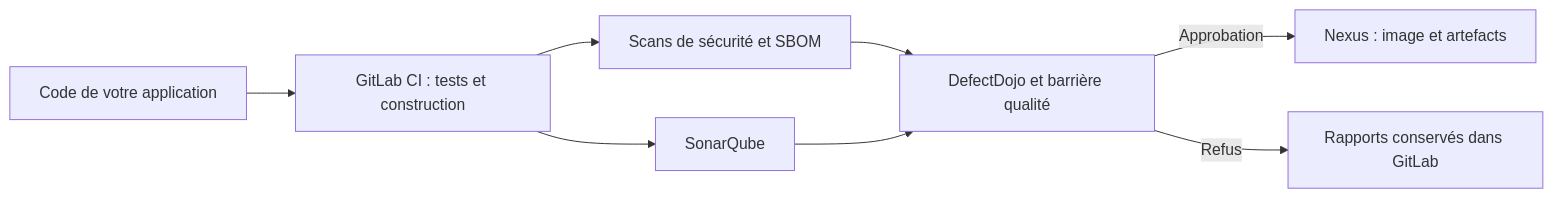
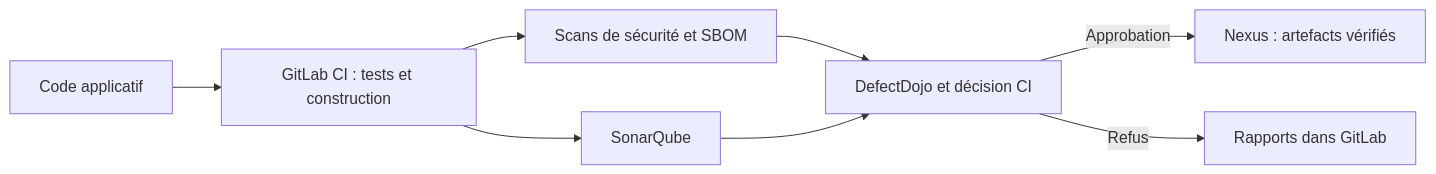
Before and after one commit to AntoineMeheut/ossf: the diagram in README.md, drawn with Mermaid. The commit also changed other lines of this file, not shown here.

````diff
--- a/README.md
+++ b/README.md
@@ -41,10 +157,10 @@
 ```mermaid
 flowchart LR
-    A[Code de votre application] --> B[GitLab CI : tests et construction]
-    B --> C[Scans de sécurité et SBOM]
-    B --> D[SonarQube]
-    C --> E[DefectDojo et barrière qualité]
+    A["Code applicatif"] --> B["GitLab CI : tests et construction"]
+    B --> C["Scans de sécurité et SBOM"]
+    B --> D["SonarQube"]
+    C --> E["DefectDojo et décision CI"]
     D --> E
-    E -->|Approbation| F[Nexus : image et artefacts]
-    E -->|Refus| G[Rapports conservés dans GitLab]
+    E -->|Approbation| F["Nexus : artefacts vérifiés"]
+    E -->|Refus| G["Rapports dans GitLab"]
 ```
````
